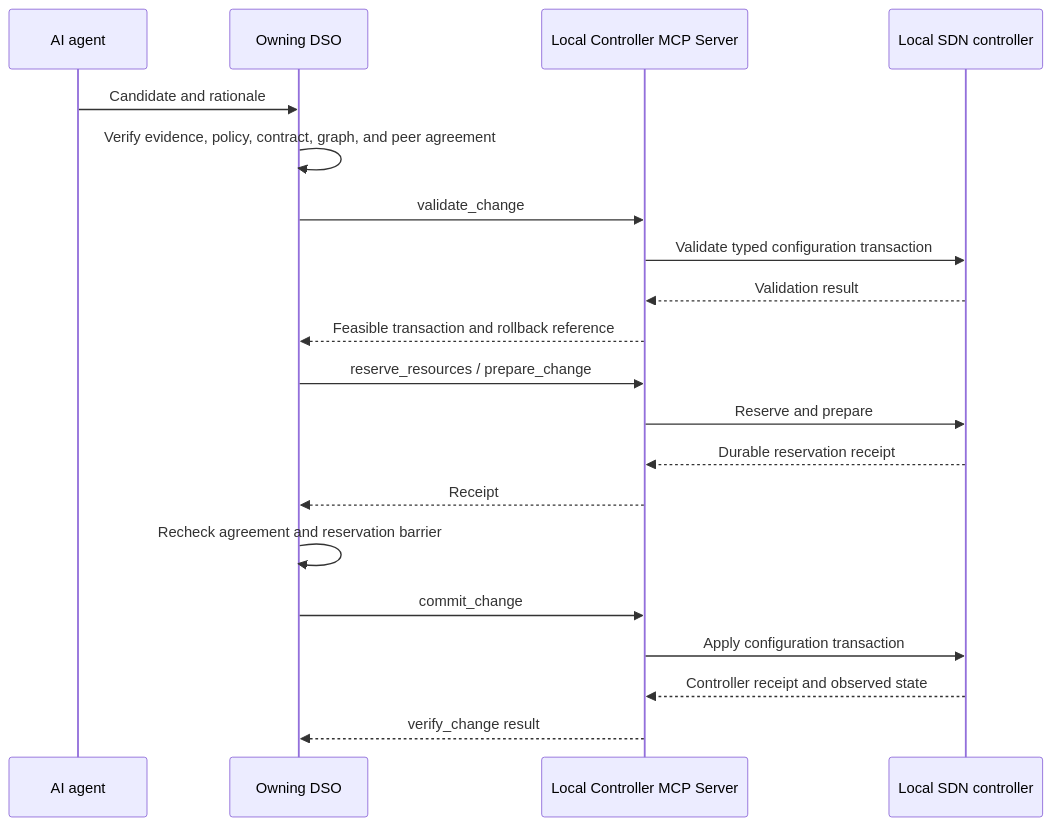
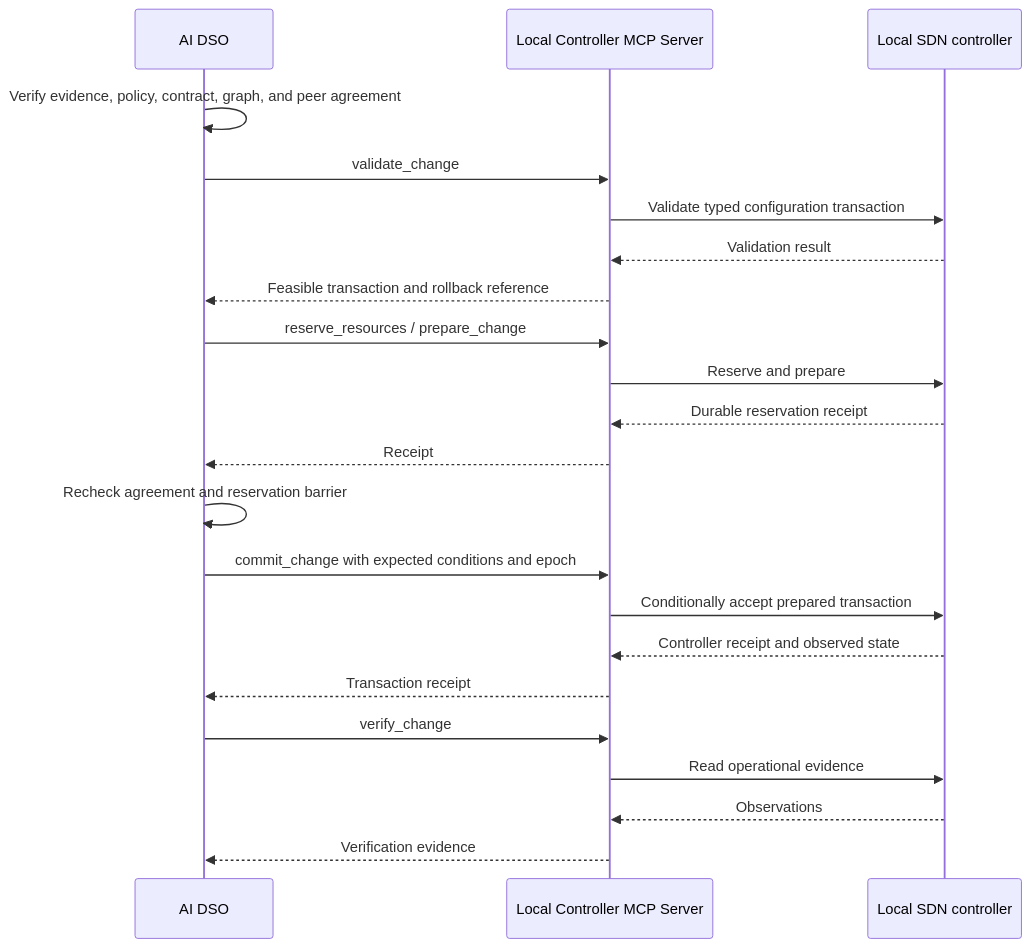
Before and after one commit to allenabishekGithub/inter-domain-automatedNetworking: the sixth of 22 diagrams in docs/domain-agent-architecture.md, drawn with Mermaid. The commit also changed other lines of this file and 5 other files, not shown here.

````diff
--- a/docs/domain-agent-architecture.md
+++ b/docs/domain-agent-architecture.md
@@ -265,23 +274,25 @@
 ```mermaid
 sequenceDiagram
-    participant A as AI agent
-    participant D as Owning DSO
+    participant D as AI DSO
     participant M as Local Controller MCP Server
     participant C as Local SDN controller
 
-    A->>D: Candidate and rationale
     D->>D: Verify evidence, policy, contract, graph, and peer agreement
     D->>M: validate_change
     M->>C: Validate typed configuration transaction
     C-->>M: Validation result
     M-->>D: Feasible transaction and rollback reference
     D->>M: reserve_resources / prepare_change
     M->>C: Reserve and prepare
     C-->>M: Durable reservation receipt
     M-->>D: Receipt
     D->>D: Recheck agreement and reservation barrier
-    D->>M: commit_change
-    M->>C: Apply configuration transaction
+    D->>M: commit_change with expected conditions and epoch
+    M->>C: Conditionally accept prepared transaction
     C-->>M: Controller receipt and observed state
-    M-->>D: verify_change result
+    M-->>D: Transaction receipt
+    D->>M: verify_change
+    M->>C: Read operational evidence
+    C-->>M: Observations
+    M-->>D: Verification evidence
 ```
````
